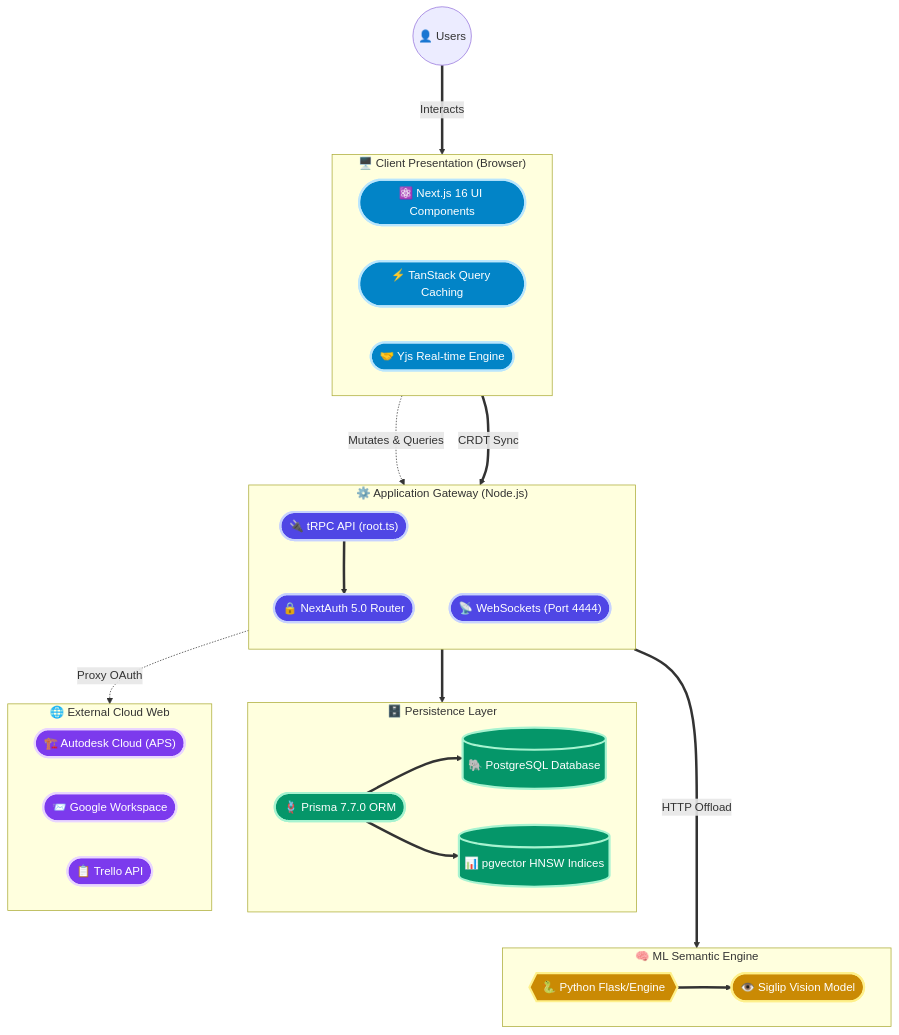
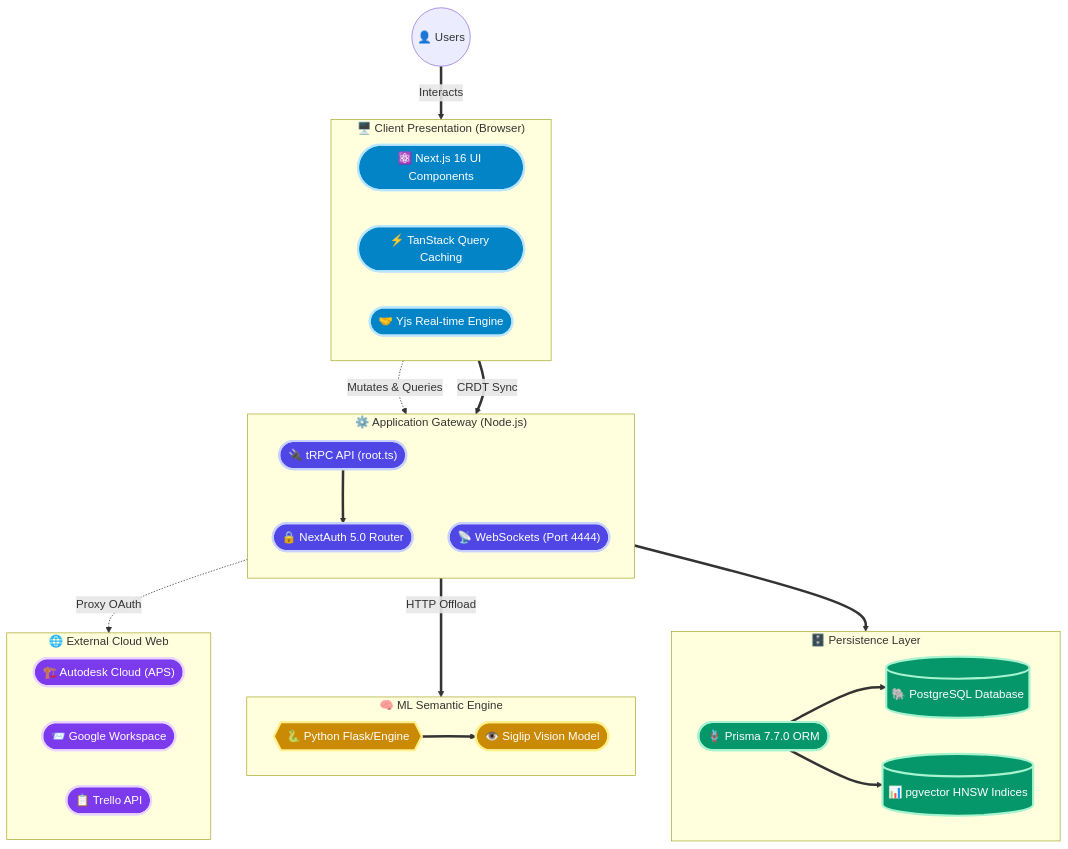
Before and after one commit to lecgarq/Dashboard: the first of 3 diagrams in .gsd/ARCHITECTURE.md, drawn with Mermaid. The commit also changed other lines of this file and 41 other files, not shown here.

Commit message:
docs: fix markdown errors caused by invalid thick-arrow length in mermaid

````diff
--- a/.gsd/ARCHITECTURE.md
+++ b/.gsd/ARCHITECTURE.md
@@ -8,61 +8,61 @@
 ```mermaid
 flowchart TB
     %% Thematic Colors & Astonishing Shapes
     classDef ui fill:#0284c7,stroke:#bae6fd,stroke-width:3px,color:#fff,rx:20,ry:20
     classDef api fill:#4f46e5,stroke:#c7d2fe,stroke-width:3px,color:#fff,rx:20,ry:20
     classDef db fill:#059669,stroke:#a7f3d0,stroke-width:3px,color:#fff,rx:20,ry:20
     classDef external fill:#7c3aed,stroke:#e9d5ff,stroke-width:3px,color:#fff,rx:20,ry:20
     classDef ai fill:#ca8a04,stroke:#fef08a,stroke-width:3px,color:#fff,rx:20,ry:20
 
     User((👤 Users))
     
     subgraph Frontend["🖥️ Client Presentation (Browser)"]
         direction LR
         UI(["⚛️ Next.js 16 UI Components"]):::ui
         State(["⚡ TanStack Query Caching"]):::ui
         Sync(["🤝 Yjs Real-time Engine"]):::ui
     end
     
     subgraph Backend["⚙️ Application Gateway (Node.js)"]
         direction TB
         RPC(["🔌 tRPC API (root.ts)"]):::api
         Auth(["🔒 NextAuth 5.0 Router"]):::api
         Sockets(["📡 WebSockets (Port 4444)"]):::api
     end
     
     subgraph DataSpace["🗄️ Persistence Layer"]
         direction LR
         ORM(["🪢 Prisma 7.7.0 ORM"]):::db
         PG[(🐘 PostgreSQL Database)]:::db
         Vector[(📊 pgvector HNSW Indices)]:::db
     end
     
     subgraph Inference["🧠 ML Semantic Engine"]
         direction LR
         Python{{"🐍 Python Flask/Engine"}}:::ai
         Model(["👁️ Siglip Vision Model"]):::ai
     end
     
     subgraph Cloud["🌐 External Cloud Web"]
         direction LR
         APS(["🏗️ Autodesk Cloud (APS)"]):::external
         GCP(["📨 Google Workspace"]):::external
         Trello(["📋 Trello API"]):::external
     end
 
     %% Interactions
-    User == "Interacts" ===> Frontend
+    User == "Interacts" ==> Frontend
     
     UI -. "Mutates & Queries" .-> RPC
-    Sync == "CRDT Sync" ===> Sockets
+    Sync == "CRDT Sync" ==> Sockets
     
     RPC ==> Auth
     Auth ==> ORM
     ORM ==> PG
     ORM ==> Vector
     
-    RPC == "HTTP Offload" ===> Python
+    RPC == "HTTP Offload" ==> Python
     Python ==> Model
     
     RPC -. "Proxy OAuth" .-> Cloud
 ```
````
